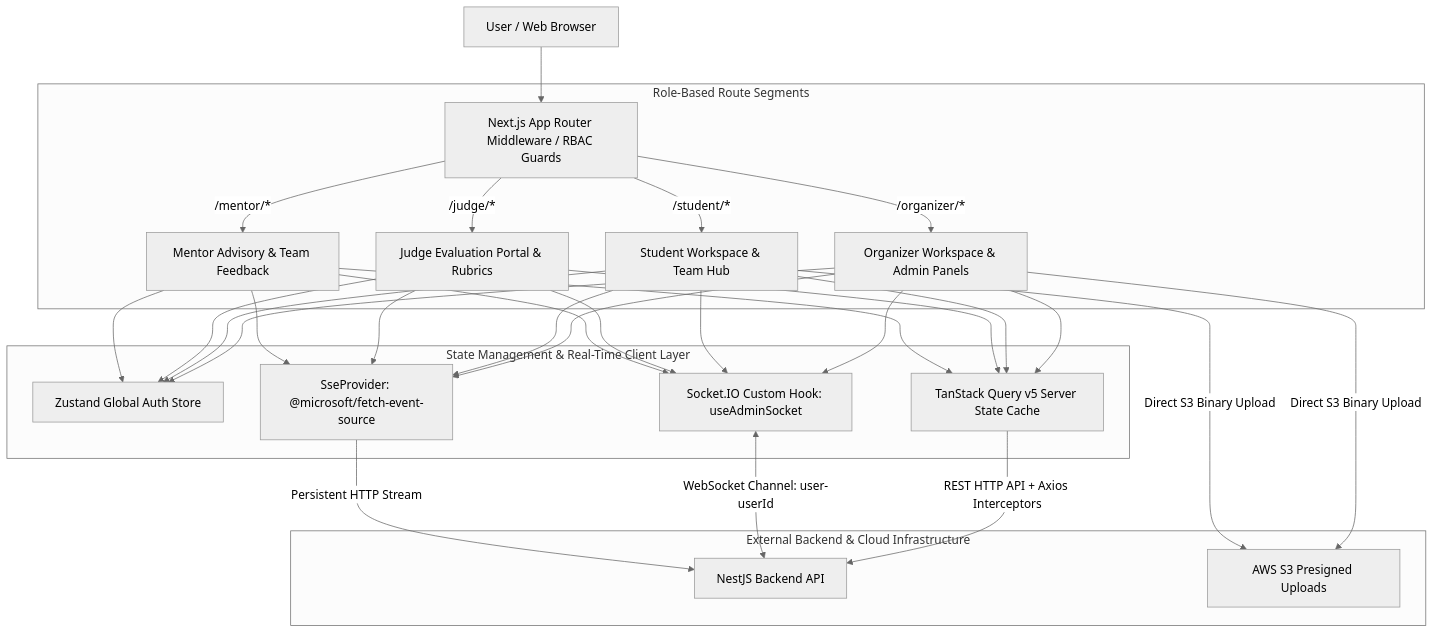
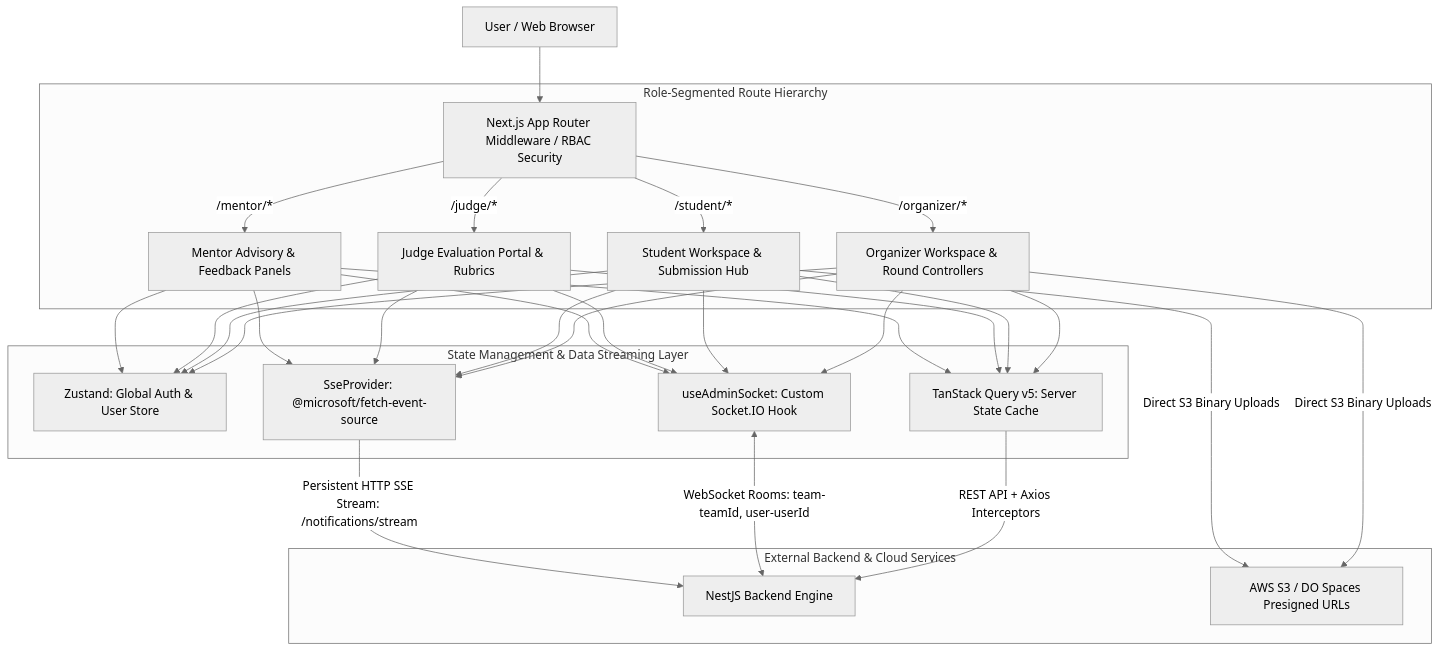
One commit to SEAL-WDP301/SEAL-WDP301-monorepo changed the diagram in FE/README.md. Above: the diagram before and after it, drawn with Mermaid (neutral theme). The commit also changed other lines of this file and 2 other files, not shown here.

Commit message:
docs: comprehensive update to root, BE, and FE READMEs highlighting DevOps, architecture, and features

````diff
--- a/FE/README.md
+++ b/FE/README.md
@@ -31,25 +48,25 @@
 ```mermaid
 graph TD
-    User[User / Web Browser] --> Middleware[Next.js App Router Middleware / RBAC Guards]
+    User[User / Web Browser] --> EdgeMiddleware[Next.js App Router Middleware / RBAC Security]
     
-    subgraph "Role-Based Route Segments"
-        Middleware -->|/organizer/*| OrganizerSpace[Organizer Workspace & Admin Panels]
-        Middleware -->|/student/*| StudentSpace[Student Workspace & Team Hub]
-        Middleware -->|/judge/*| JudgeSpace[Judge Evaluation Portal & Rubrics]
-        Middleware -->|/mentor/*| MentorSpace[Mentor Advisory & Team Feedback]
+    subgraph "Role-Segmented Route Hierarchy"
+        EdgeMiddleware -->|/organizer/*| OrgSpace[Organizer Workspace & Round Controllers]
+        EdgeMiddleware -->|/student/*| StuSpace[Student Workspace & Submission Hub]
+        EdgeMiddleware -->|/judge/*| JudSpace[Judge Evaluation Portal & Rubrics]
+        EdgeMiddleware -->|/mentor/*| MenSpace[Mentor Advisory & Feedback Panels]
     end
 
-    subgraph "State Management & Real-Time Client Layer"
-        OrganizerSpace & StudentSpace & JudgeSpace & MentorSpace --> ZustandStore[Zustand Global Auth Store]
-        OrganizerSpace & StudentSpace & JudgeSpace & MentorSpace --> QueryClient[TanStack Query v5 Server State Cache]
-        OrganizerSpace & StudentSpace & JudgeSpace & MentorSpace --> SocketHook[Socket.IO Custom Hook: useAdminSocket]
-        OrganizerSpace & StudentSpace & JudgeSpace & MentorSpace --> SSEClient[SseProvider: @microsoft/fetch-event-source]
+    subgraph "State Management & Data Streaming Layer"
+        OrgSpace & StuSpace & JudSpace & MenSpace --> ZustandAuth[Zustand: Global Auth & User Store]
+        OrgSpace & StuSpace & JudSpace & MenSpace --> QueryCache[TanStack Query v5: Server State Cache]
+        OrgSpace & StuSpace & JudSpace & MenSpace --> SocketHook[useAdminSocket: Custom Socket.IO Hook]
+        OrgSpace & StuSpace & JudSpace & MenSpace --> SseProvider[SseProvider: @microsoft/fetch-event-source]
     end
 
-    subgraph "External Backend & Cloud Infrastructure"
-        QueryClient -->|REST HTTP API + Axios Interceptors| BE[NestJS Backend API]
-        SocketHook <-->|WebSocket Channel: user-userId| BE
-        SSEClient -->|Persistent HTTP Stream| BE
-        OrganizerSpace & StudentSpace -->|Direct S3 Binary Upload| S3[AWS S3 Presigned Uploads]
+    subgraph "External Backend & Cloud Services"
+        QueryCache -->|REST API + Axios Interceptors| BE[NestJS Backend Engine]
+        SocketHook <-->|WebSocket Rooms: team-teamId, user-userId| BE
+        SseProvider -->|Persistent HTTP SSE Stream: /notifications/stream| BE
+        OrgSpace & StuSpace -->|Direct S3 Binary Uploads| S3[AWS S3 / DO Spaces Presigned URLs]
     end
 ```
````
